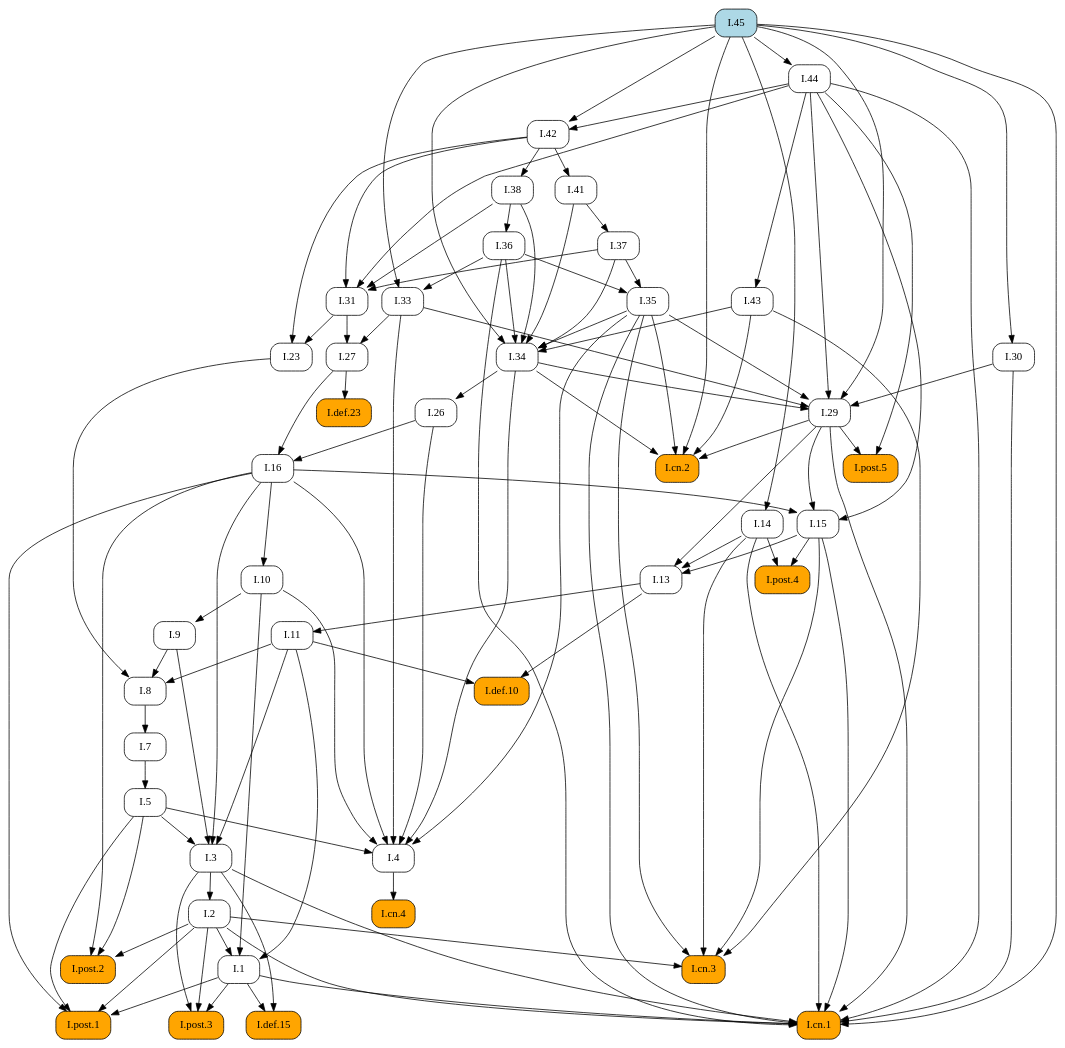
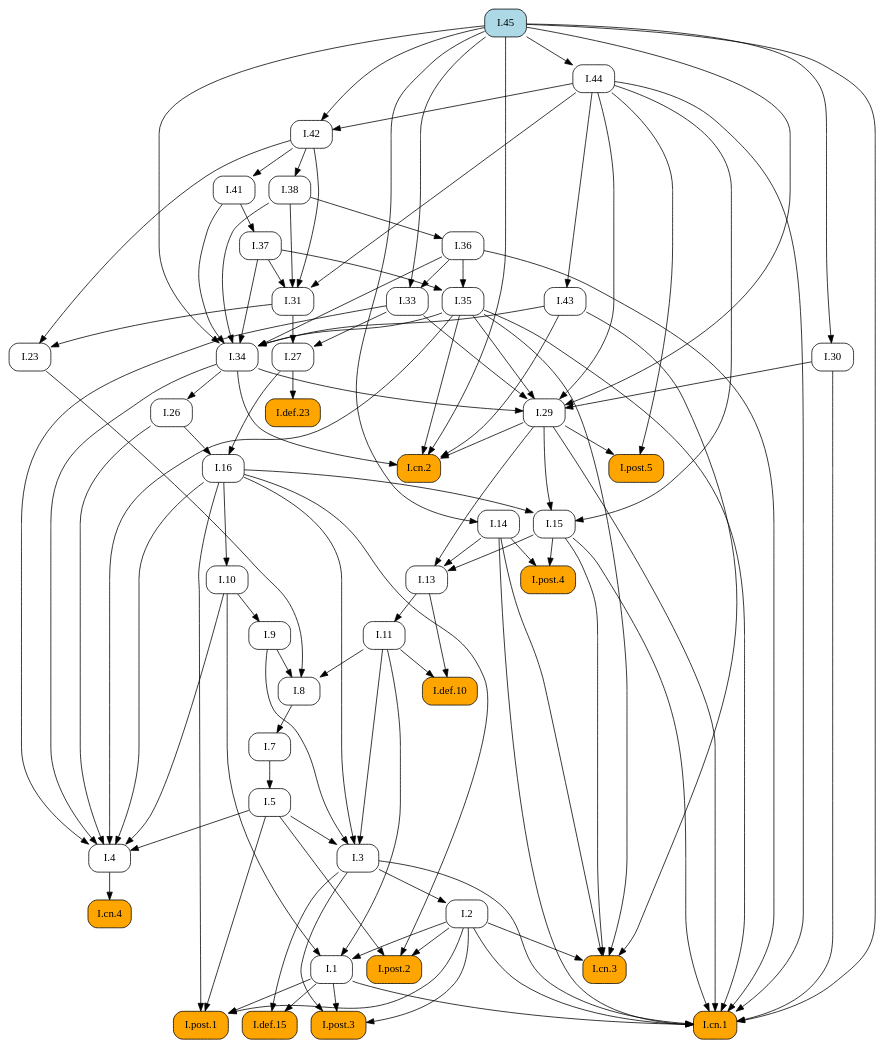
The diagram in docsrc/elements2/I/45/index.rst (geometor/elements), drawn with Graphviz before and after one commit. The commit also changed other lines of this file and 171 other files, not shown here.

```diff
--- a/docsrc/elements2/I/45/index.rst
+++ b/docsrc/elements2/I/45/index.rst
@@ -74,130 +74,102 @@
    digraph {
      rankdir="TB";
      node [shape=box, style=rounded];
+     "I.8" [URL="/elements2/I/8/", target="_top"];
+     "I.36" [URL="/elements2/I/36/", target="_top"];
+     "I.post.1" [style="rounded,filled", fillcolor=orange, URL="/elements2/I/post.1/", target="_top"];
+     "I.14" [URL="/elements2/I/14/", target="_top"];
+     "I.33" [URL="/elements2/I/33/", target="_top"];
+     "I.45" [style="rounded,filled", fillcolor=lightblue, URL="/elements2/I/45/", target="_top"];
+     "I.5" [URL="/elements2/I/5/", target="_top"];
+     "I.38" [URL="/elements2/I/38/", target="_top"];
+     "I.post.5" [style="rounded,filled", fillcolor=orange, URL="/elements2/I/post.5/", target="_top"];
+     "I.def.10" [style="rounded,filled", fillcolor=orange, URL="/elements2/I/def.10/", target="_top"];
+     "I.30" [URL="/elements2/I/30/", target="_top"];
+     "I.cn.2" [style="rounded,filled", fillcolor=orange, URL="/elements2/I/cn.2/", target="_top"];
+     "I.def.15" [style="rounded,filled", fillcolor=orange, URL="/elements2/I/def.15/", target="_top"];
+     "I.31" [URL="/elements2/I/31/", target="_top"];
+     "I.11" [URL="/elements2/I/11/", target="_top"];
+     "I.43" [URL="/elements2/I/43/", target="_top"];
+     "I.3" [URL="/elements2/I/3/", target="_top"];
+     "I.def.23" [style="rounded,filled", fillcolor=orange, URL="/elements2/I/def.23/", target="_top"];
+     "I.post.2" [style="rounded,filled", fillcolor=orange, URL="/elements2/I/post.2/", target="_top"];
+     "I.26" [URL="/elements2/I/26/", target="_top"];
+     "I.cn.3" [style="rounded,filled", fillcolor=orange, URL="/elements2/I/cn.3/", target="_top"];
+     "I.cn.4" [style="rounded,filled", fillcolor=orange, URL="/elements2/I/cn.4/", target="_top"];
+     "I.1" [URL="/elements2/I/1/", target="_top"];
+     "I.7" [URL="/elements2/I/7/", target="_top"];
+     "I.42" [URL="/elements2/I/42/", target="_top"];
+     "I.9" [URL="/elements2/I/9/", target="_top"];
+     "I.cn.1" [style="rounded,filled", fillcolor=orange, URL="/elements2/I/cn.1/", target="_top"];
+     "I.29" [URL="/elements2/I/29/", target="_top"];
+     "I.post.4" [style="rounded,filled", fillcolor=orange, URL="/elements2/I/post.4/", target="_top"];
+     "I.16" [URL="/elements2/I/16/", target="_top"];
+     "I.13" [URL="/elements2/I/13/", target="_top"];
+     "I.41" [URL="/elements2/I/41/", target="_top"];
+     "I.35" [URL="/elements2/I/35/", target="_top"];
+     "I.2" [URL="/elements2/I/2/", target="_top"];
+     "I.27" [URL="/elements2/I/27/", target="_top"];
      "I.37" [URL="/elements2/I/37/", target="_top"];
-     "I.def.10" [style="rounded,filled", fillcolor=orange, URL="/elements2/I/def.10/", target="_top"];
+     "I.4" [URL="/elements2/I/4/", target="_top"];
+     "I.44" [URL="/elements2/I/44/", target="_top"];
+     "I.10" [URL="/elements2/I/10/", target="_top"];
+     "I.15" [URL="/elements2/I/15/", target="_top"];
      "I.34" [URL="/elements2/I/34/", target="_top"];
-     "I.cn.4" [style="rounded,filled", fillcolor=orange, URL="/elements2/I/cn.4/", target="_top"];
-     "I.def.15" [style="rounded,filled", fillcolor=orange, URL="/elements2/I/def.15/", target="_top"];
+     "I.23" [URL="/elements2/I/23/", target="_top"];
      "I.post.3" [style="rounded,filled", fillcolor=orange, URL="/elements2/I/post.3/", target="_top"];
-     "I.41" [URL="/elements2/I/41/", target="_top"];
-     "I.36" [URL="/elements2/I/36/", target="_top"];
-     "I.27" [URL="/elements2/I/27/", target="_top"];
-     "I.post.2" [style="rounded,filled", fillcolor=orange, URL="/elements2/I/post.2/", target="_top"];
-     "I.13" [URL="/elements2/I/13/", target="_top"];
-     "I.10" [URL="/elements2/I/10/", target="_top"];
-     "I.post.1" [style="rounded,filled", fillcolor=orange, URL="/elements2/I/post.1/", target="_top"];
-     "I.7" [URL="/elements2/I/7/", target="_top"];
-     "I.14" [URL="/elements2/I/14/", target="_top"];
-     "I.11" [URL="/elements2/I/11/", target="_top"];
-     "I.4" [URL="/elements2/I/4/", target="_top"];
-     "I.45" [style="rounded,filled", fillcolor=lightblue, URL="/elements2/I/45/", target="_top"];
-     "I.16" [URL="/elements2/I/16/", target="_top"];
-     "I.def.23" [style="rounded,filled", fillcolor=orange, URL="/elements2/I/def.23/", target="_top"];
-     "I.9" [URL="/elements2/I/9/", target="_top"];
-     "I.38" [URL="/elements2/I/38/", target="_top"];
-     "I.cn.2" [style="rounded,filled", fillcolor=orange, URL="/elements2/I/cn.2/", target="_top"];
-     "I.15" [URL="/elements2/I/15/", target="_top"];
-     "I.post.5" [style="rounded,filled", fillcolor=orange, URL="/elements2/I/post.5/", target="_top"];
-     "I.26" [URL="/elements2/I/26/", target="_top"];
-     "I.23" [URL="/elements2/I/23/", target="_top"];
-     "I.8" [URL="/elements2/I/8/", target="_top"];
-     "I.2" [URL="/elements2/I/2/", target="_top"];
-     "I.42" [URL="/elements2/I/42/", target="_top"];
-     "I.1" [URL="/elements2/I/1/", target="_top"];
-     "I.44" [URL="/elements2/I/44/", target="_top"];
-     "I.35" [URL="/elements2/I/35/", target="_top"];
-     "I.43" [URL="/elements2/I/43/", target="_top"];
-     "I.30" [URL="/elements2/I/30/", target="_top"];
-     "I.33" [URL="/elements2/I/33/", target="_top"];
-     "I.31" [URL="/elements2/I/31/", target="_top"];
-     "I.post.4" [style="rounded,filled", fillcolor=orange, URL="/elements2/I/post.4/", target="_top"];
-     "I.cn.1" [style="rounded,filled", fillcolor=orange, URL="/elements2/I/cn.1/", target="_top"];
-     "I.3" [URL="/elements2/I/3/", target="_top"];
-     "I.cn.3" [style="rounded,filled", fillcolor=orange, URL="/elements2/I/cn.3/", target="_top"];
-     "I.29" [URL="/elements2/I/29/", target="_top"];
-     "I.5" [URL="/elements2/I/5/", target="_top"];
-     "I.41" -> "I.37";
-     "I.11" -> "I.def.10";
-     "I.13" -> "I.def.10";
-     "I.35" -> "I.34";
-     "I.36" -> "I.34";
-     "I.37" -> "I.34";
-     "I.38" -> "I.34";
-     "I.41" -> "I.34";
-     "I.43" -> "I.34";
-     "I.45" -> "I.34";
-     "I.4" -> "I.cn.4";
-     "I.1" -> "I.def.15";
-     "I.3" -> "I.def.15";
-     "I.1" -> "I.post.3";
-     "I.2" -> "I.post.3";
-     "I.3" -> "I.post.3";
-     "I.42" -> "I.41";
+     "I.9" -> "I.8";
+     "I.11" -> "I.8";
+     "I.23" -> "I.8";
      "I.38" -> "I.36";
-     "I.31" -> "I.27";
-     "I.33" -> "I.27";
-     "I.2" -> "I.post.2";
-     "I.5" -> "I.post.2";
-     "I.16" -> "I.post.2";
-     "I.14" -> "I.13";
-     "I.15" -> "I.13";
-     "I.29" -> "I.13";
-     "I.16" -> "I.10";
      "I.1" -> "I.post.1";
      "I.2" -> "I.post.1";
      "I.5" -> "I.post.1";
      "I.16" -> "I.post.1";
-     "I.8" -> "I.7";
      "I.45" -> "I.14";
-     "I.13" -> "I.11";
-     "I.5" -> "I.4";
-     "I.10" -> "I.4";
-     "I.16" -> "I.4";
-     "I.26" -> "I.4";
-     "I.33" -> "I.4";
-     "I.34" -> "I.4";
-     "I.35" -> "I.4";
-     "I.26" -> "I.16";
-     "I.27" -> "I.16";
-     "I.27" -> "I.def.23";
-     "I.10" -> "I.9";
+     "I.36" -> "I.33";
+     "I.45" -> "I.33";
+     "I.7" -> "I.5";
      "I.42" -> "I.38";
+     "I.29" -> "I.post.5";
+     "I.44" -> "I.post.5";
+     "I.11" -> "I.def.10";
+     "I.13" -> "I.def.10";
+     "I.45" -> "I.30";
      "I.29" -> "I.cn.2";
      "I.34" -> "I.cn.2";
      "I.35" -> "I.cn.2";
      "I.43" -> "I.cn.2";
      "I.45" -> "I.cn.2";
-     "I.16" -> "I.15";
-     "I.29" -> "I.15";
-     "I.44" -> "I.15";
-     "I.29" -> "I.post.5";
-     "I.44" -> "I.post.5";
-     "I.34" -> "I.26";
-     "I.31" -> "I.23";
-     "I.42" -> "I.23";
-     "I.9" -> "I.8";
-     "I.11" -> "I.8";
-     "I.23" -> "I.8";
-     "I.3" -> "I.2";
-     "I.44" -> "I.42";
-     "I.45" -> "I.42";
-     "I.2" -> "I.1";
-     "I.10" -> "I.1";
-     "I.11" -> "I.1";
-     "I.45" -> "I.44";
-     "I.36" -> "I.35";
-     "I.37" -> "I.35";
-     "I.44" -> "I.43";
-     "I.45" -> "I.30";
-     "I.36" -> "I.33";
-     "I.45" -> "I.33";
+     "I.1" -> "I.def.15";
+     "I.3" -> "I.def.15";
      "I.37" -> "I.31";
      "I.38" -> "I.31";
      "I.42" -> "I.31";
      "I.44" -> "I.31";
-     "I.14" -> "I.post.4";
-     "I.15" -> "I.post.4";
+     "I.13" -> "I.11";
+     "I.44" -> "I.43";
+     "I.5" -> "I.3";
+     "I.9" -> "I.3";
+     "I.11" -> "I.3";
+     "I.16" -> "I.3";
+     "I.27" -> "I.def.23";
+     "I.2" -> "I.post.2";
+     "I.5" -> "I.post.2";
+     "I.16" -> "I.post.2";
+     "I.34" -> "I.26";
+     "I.2" -> "I.cn.3";
+     "I.14" -> "I.cn.3";
+     "I.15" -> "I.cn.3";
+     "I.35" -> "I.cn.3";
+     "I.43" -> "I.cn.3";
+     "I.4" -> "I.cn.4";
+     "I.2" -> "I.1";
+     "I.10" -> "I.1";
+     "I.11" -> "I.1";
+     "I.8" -> "I.7";
+     "I.44" -> "I.42";
+     "I.45" -> "I.42";
+     "I.10" -> "I.9";
      "I.1" -> "I.cn.1";
      "I.2" -> "I.cn.1";
      "I.3" -> "I.cn.1";
@@ -209,20 +181,48 @@
      "I.36" -> "I.cn.1";
      "I.44" -> "I.cn.1";
      "I.45" -> "I.cn.1";
-     "I.5" -> "I.3";
-     "I.9" -> "I.3";
-     "I.11" -> "I.3";
-     "I.16" -> "I.3";
-     "I.2" -> "I.cn.3";
-     "I.14" -> "I.cn.3";
-     "I.15" -> "I.cn.3";
-     "I.35" -> "I.cn.3";
-     "I.43" -> "I.cn.3";
      "I.30" -> "I.29";
      "I.33" -> "I.29";
      "I.34" -> "I.29";
      "I.35" -> "I.29";
      "I.44" -> "I.29";
      "I.45" -> "I.29";
-     "I.7" -> "I.5";
+     "I.14" -> "I.post.4";
+     "I.15" -> "I.post.4";
+     "I.26" -> "I.16";
+     "I.27" -> "I.16";
+     "I.14" -> "I.13";
+     "I.15" -> "I.13";
+     "I.29" -> "I.13";
+     "I.42" -> "I.41";
+     "I.36" -> "I.35";
+     "I.37" -> "I.35";
+     "I.3" -> "I.2";
+     "I.31" -> "I.27";
+     "I.33" -> "I.27";
+     "I.41" -> "I.37";
+     "I.5" -> "I.4";
+     "I.10" -> "I.4";
+     "I.16" -> "I.4";
+     "I.26" -> "I.4";
+     "I.33" -> "I.4";
+     "I.34" -> "I.4";
+     "I.35" -> "I.4";
+     "I.45" -> "I.44";
+     "I.16" -> "I.10";
+     "I.16" -> "I.15";
+     "I.29" -> "I.15";
+     "I.44" -> "I.15";
+     "I.35" -> "I.34";
+     "I.36" -> "I.34";
+     "I.37" -> "I.34";
+     "I.38" -> "I.34";
+     "I.41" -> "I.34";
+     "I.43" -> "I.34";
+     "I.45" -> "I.34";
+     "I.31" -> "I.23";
+     "I.42" -> "I.23";
+     "I.1" -> "I.post.3";
+     "I.2" -> "I.post.3";
+     "I.3" -> "I.post.3";
    }
```
